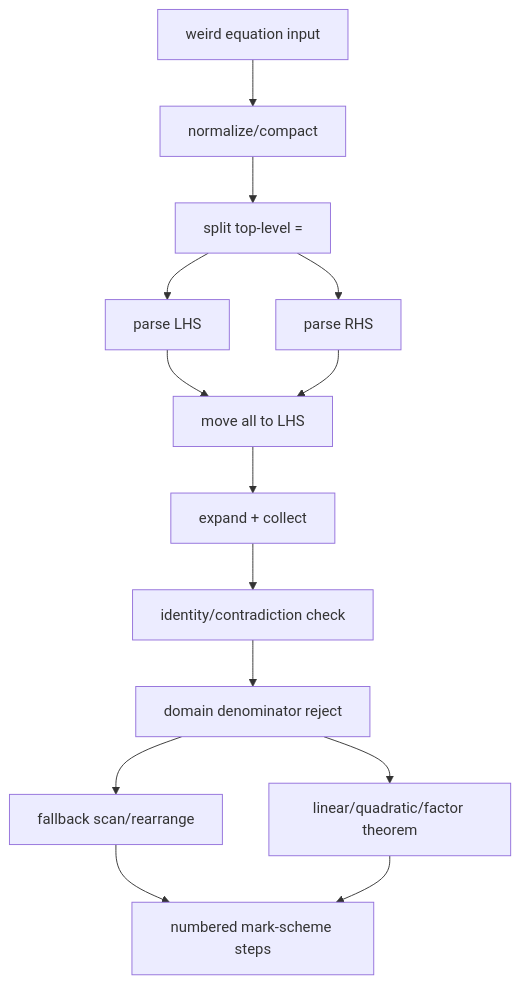
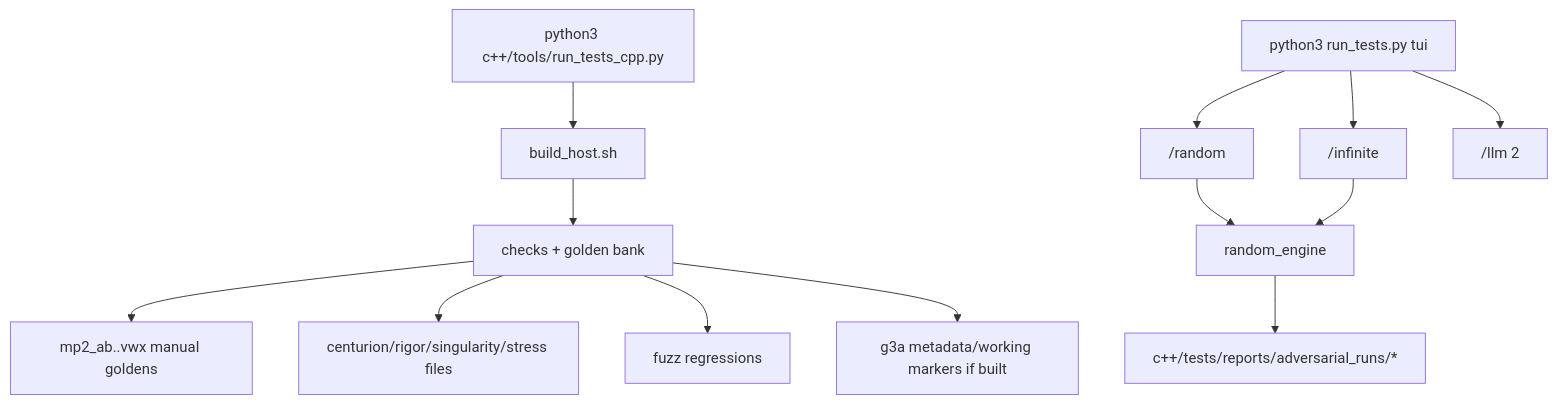
One commit to james8464/notes-addin-casio-fx-cg50 changed the fifth of 8 diagrams in c++/GRAPH.md. Above: the diagram before and after it, drawn with Mermaid. The commit also changed other lines of this file, not shown here.

Commit message:
Rebuild compact project graph

````diff
--- a/c++/GRAPH.md
+++ b/c++/GRAPH.md
@@ -118,16 +116,16 @@
 ```mermaid
 graph TD
-  In["weird equation input"] --> N["normalize/compact"]
-  N --> E["split top-level ="]
-  E --> L["parse LHS"]
-  E --> R["parse RHS"]
-  L --> M["move all to LHS"]
-  R --> M
-  M --> C["expand + collect"]
-  C --> ID["identity/contradiction check"]
-  ID --> Den["domain denominator reject"]
-  Den --> S["linear/quadratic/factor theorem"]
-  Den --> F["fallback scan/rearrange"]
-  F --> W
-  S --> W["numbered mark-scheme steps"]
+  Run["python3 c++/tools/run_tests_cpp.py"] --> BuildHost["build_host.sh"]
+  BuildHost --> Checks["checks + golden bank"]
+  Checks --> MP2["mp2_ab..vwx manual goldens"]
+  Checks --> Stress["centurion/rigor/singularity/stress files"]
+  Checks --> Fuzz["fuzz regressions"]
+  Checks --> Markers["g3a metadata/working markers if built"]
+
+  TUI["python3 run_tests.py tui"] --> Random["/random"]
+  TUI --> Infinite["/infinite"]
+  TUI --> LLM["/llm 2"]
+  Random --> Engine["random_engine"]
+  Infinite --> Engine
+  Engine --> Reports["c++/tests/reports/adversarial_runs/*"]
 ```
````
